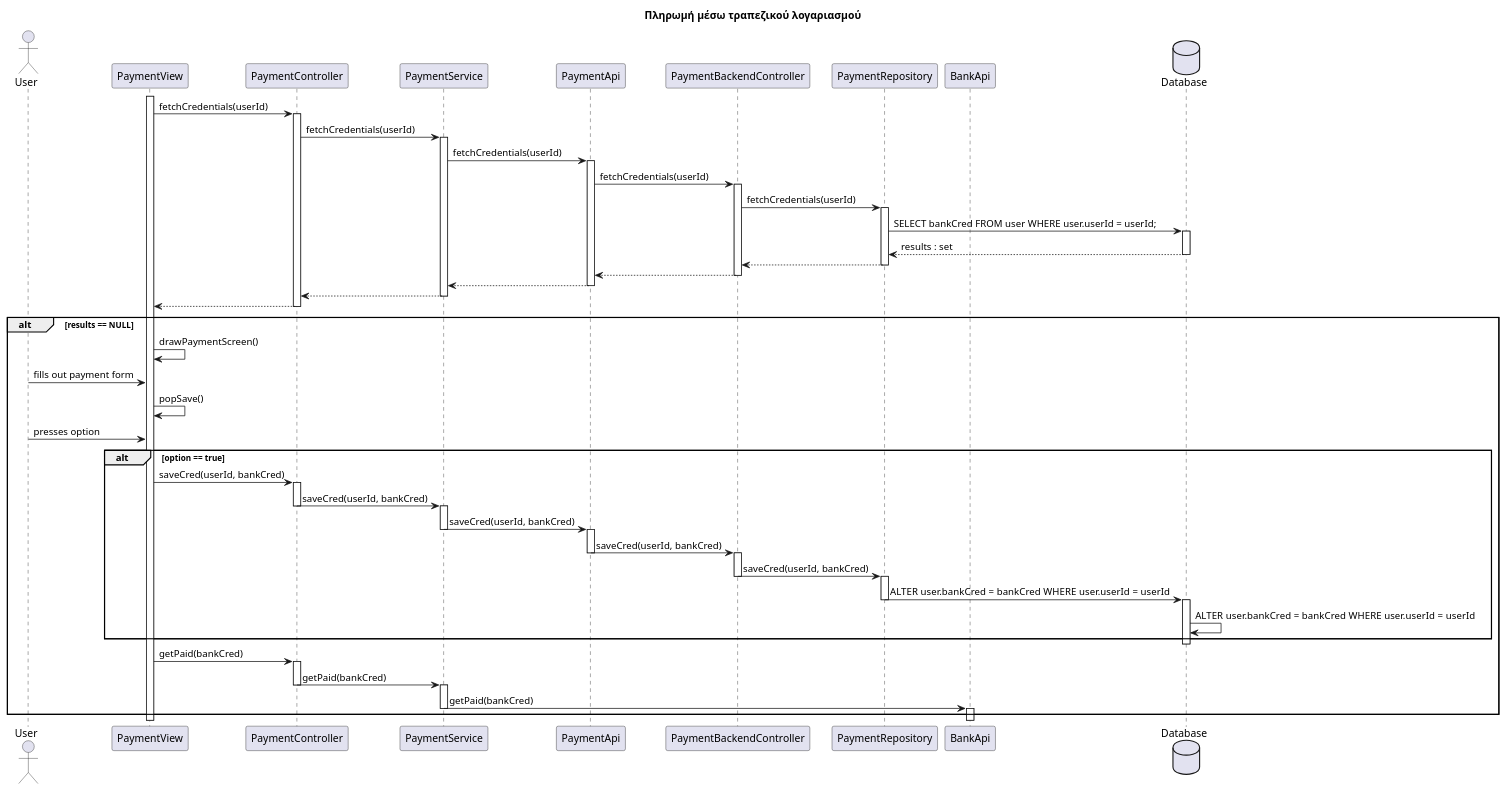
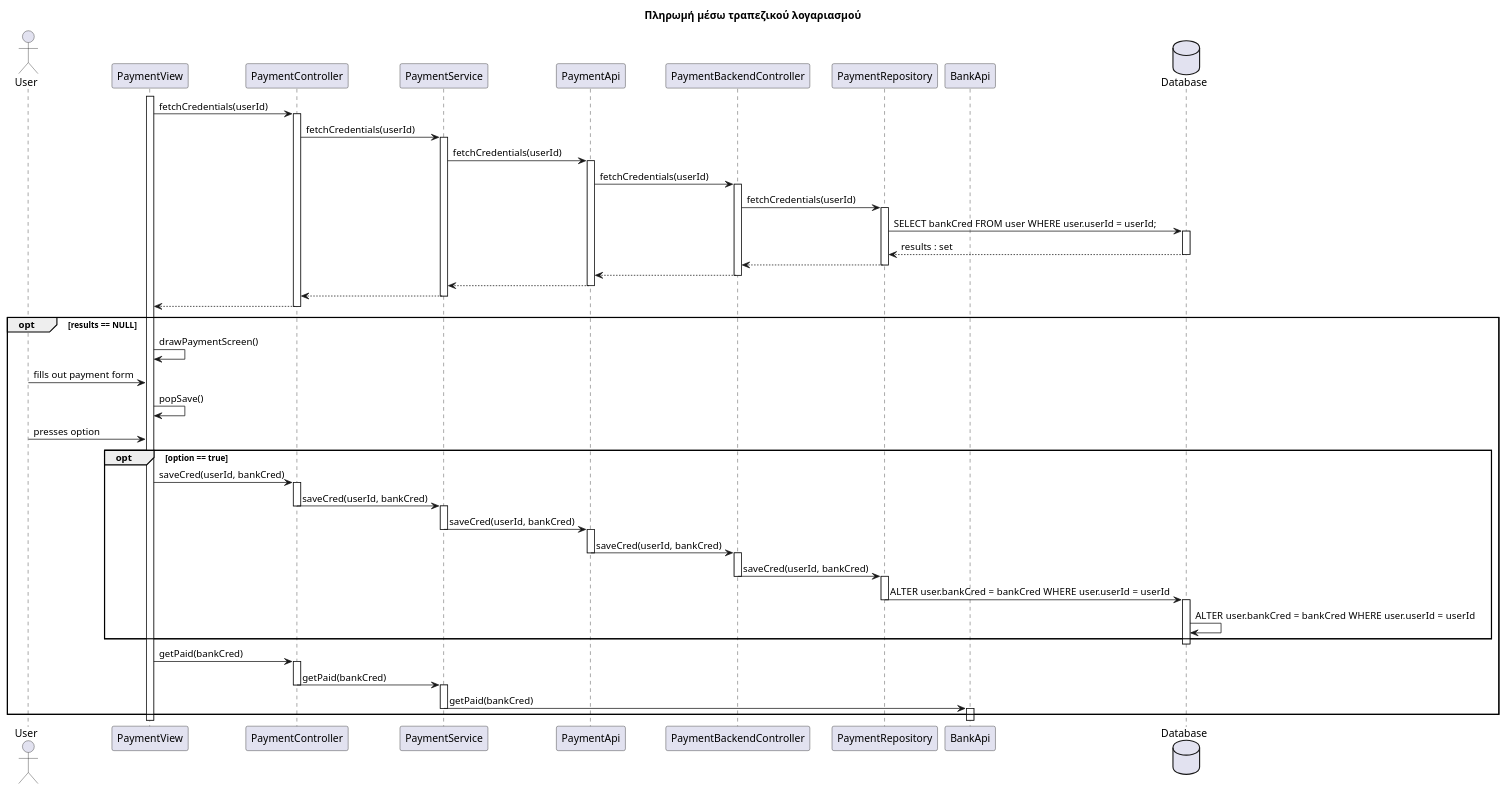
The diagram in Paradoteo_3/SequenceDiagrams/PaymentThroughBankAccount.puml (RubenKingCP/Tunix), drawn with PlantUML before and after one commit.

Commit message:
Changed alt to opt on sequence diagram PaymentThroughBank

```diff
--- a/Paradoteo_3/SequenceDiagrams/PaymentThroughBankAccount.puml
+++ b/Paradoteo_3/SequenceDiagrams/PaymentThroughBankAccount.puml
@@ -1,75 +1,75 @@
 @startuml name 
 
 title Πληρωμή μέσω τραπεζικού λογαριασμού
 
 actor User as u
 participant PaymentView as PV
 participant PaymentController as PC
 participant PaymentService as PS
 participant PaymentApi as papi 
 participant PaymentBackendController as pbc 
 participant PaymentRepository as PR
 participant BankApi as BA 
 database Database as db 
 
 activate PV
 PV -> PC : fetchCredentials(userId)
 activate PC
 PC -> PS : fetchCredentials(userId)
 activate PS
 PS -> papi : fetchCredentials(userId)
 activate papi
 papi -> pbc : fetchCredentials(userId)
 activate pbc
 pbc -> PR : fetchCredentials(userId)
 activate PR
 PR -> db : SELECT bankCred FROM user WHERE user.userId = userId;
 activate db
 db --> PR : results : set
 deactivate db
 PR --> pbc
 deactivate PR
 pbc --> papi
 deactivate pbc
 papi --> PS
 deactivate papi
 PS --> PC
 deactivate PS
 PC --> PV
 deactivate PC
-alt results == NULL
+opt results == NULL
     PV -> PV : drawPaymentScreen()
     u -> PV : fills out payment form
     PV -> PV : popSave()
     u -> PV : presses option
-    alt option == true
+    opt option == true
         PV -> PC : saveCred(userId, bankCred)
         activate PC
         PC -> PS : saveCred(userId, bankCred)
         deactivate PC
         activate PS
         PS -> papi : saveCred(userId, bankCred)
         deactivate PS
         activate papi
         papi -> pbc : saveCred(userId, bankCred)
         deactivate papi
         activate pbc
         pbc -> PR : saveCred(userId, bankCred)
         deactivate pbc
         activate PR
         PR -> db : ALTER user.bankCred = bankCred WHERE user.userId = userId
         deactivate PR
         activate db
         db -> db : ALTER user.bankCred = bankCred WHERE user.userId = userId
     end
     deactivate db
     PV -> PC : getPaid(bankCred)
     activate PC
     PC -> PS : getPaid(bankCred)
     deactivate PC
     activate PS
     PS -> BA : getPaid(bankCred)
     deactivate PS
     activate BA
 end
 @enduml
```
